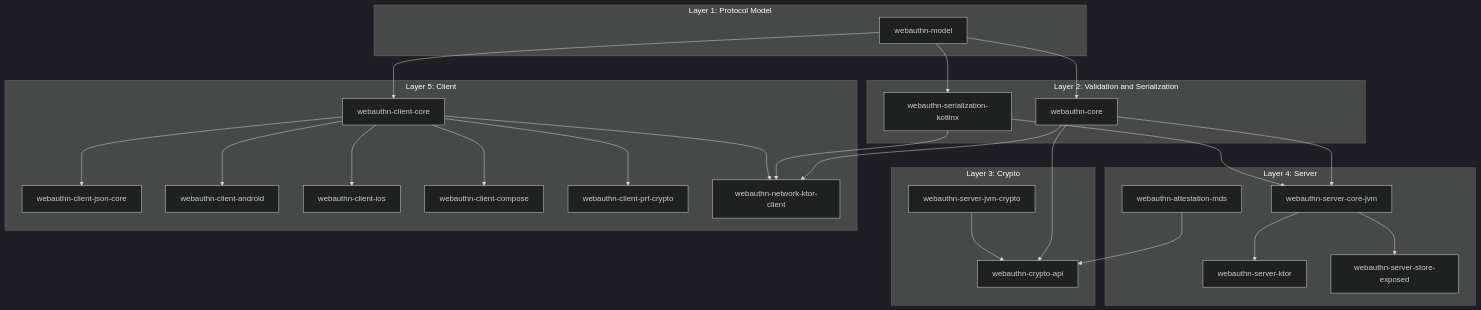
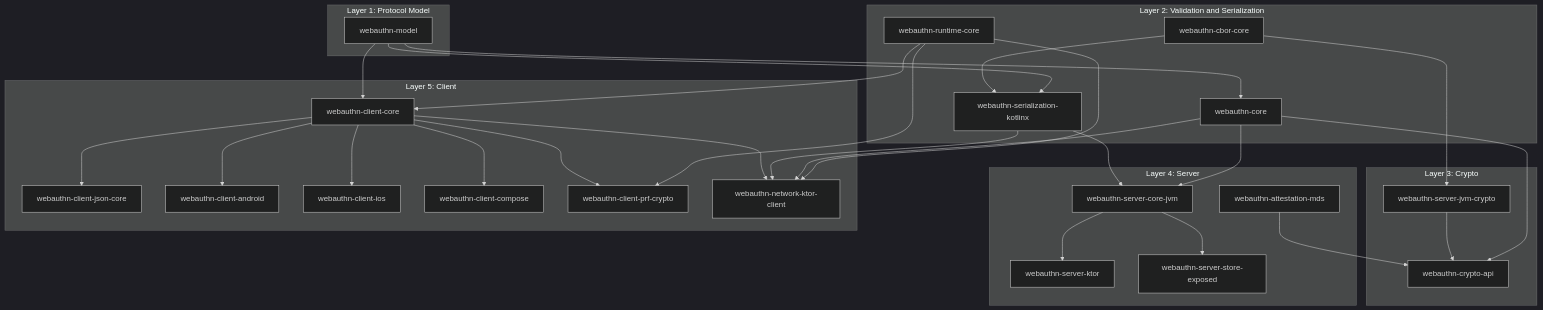
Before and after one commit to szijpeter/webauthn-kotlin-multiplatform: the diagram in docs/architecture.md, drawn with Mermaid (dark theme). The commit also changed 47 other files, not shown here.

First line of the commit message:
Harden runtime cancellation handling and promote cbor core

````diff
--- a/docs/architecture.md
+++ b/docs/architecture.md
@@ -15,53 +15,60 @@
 ```mermaid
 flowchart TB
     subgraph L1[Layer 1: Protocol Model]
         MODEL[webauthn-model]
     end
 
     subgraph L2[Layer 2: Validation and Serialization]
         CORE[webauthn-core]
         SER[webauthn-serialization-kotlinx]
+        CBOR[webauthn-cbor-core]
+        RUNTIME[webauthn-runtime-core]
     end
 
     subgraph L3[Layer 3: Crypto]
         API[webauthn-crypto-api]
         JVMCRYPTO[webauthn-server-jvm-crypto]
     end
 
     subgraph L4[Layer 4: Server]
         SVC[webauthn-server-core-jvm]
         KTOR[webauthn-server-ktor]
         STORE[webauthn-server-store-exposed]
         MDS[webauthn-attestation-mds]
     end
 
     subgraph L5[Layer 5: Client]
         CCORE[webauthn-client-core]
         CJSON[webauthn-client-json-core]
         CANDROID[webauthn-client-android]
         CIOS[webauthn-client-ios]
         CCOMPOSE[webauthn-client-compose]
         CPRF[webauthn-client-prf-crypto]
         NET[webauthn-network-ktor-client]
     end
 
     MODEL --> CORE
     MODEL --> SER
+    CBOR --> SER
     CORE --> API
+    CBOR --> JVMCRYPTO
     JVMCRYPTO --> API
     CORE --> SVC
     SER --> SVC
     SVC --> KTOR
     SVC --> STORE
     MDS --> API
 
     MODEL --> CCORE
+    RUNTIME --> CCORE
+    RUNTIME --> CPRF
+    RUNTIME --> NET
     CCORE --> CJSON
     CCORE --> CANDROID
     CCORE --> CIOS
     CCORE --> CCOMPOSE
     CCORE --> CPRF
     CORE --> NET
     SER --> NET
     CCORE --> NET
 ```
````
